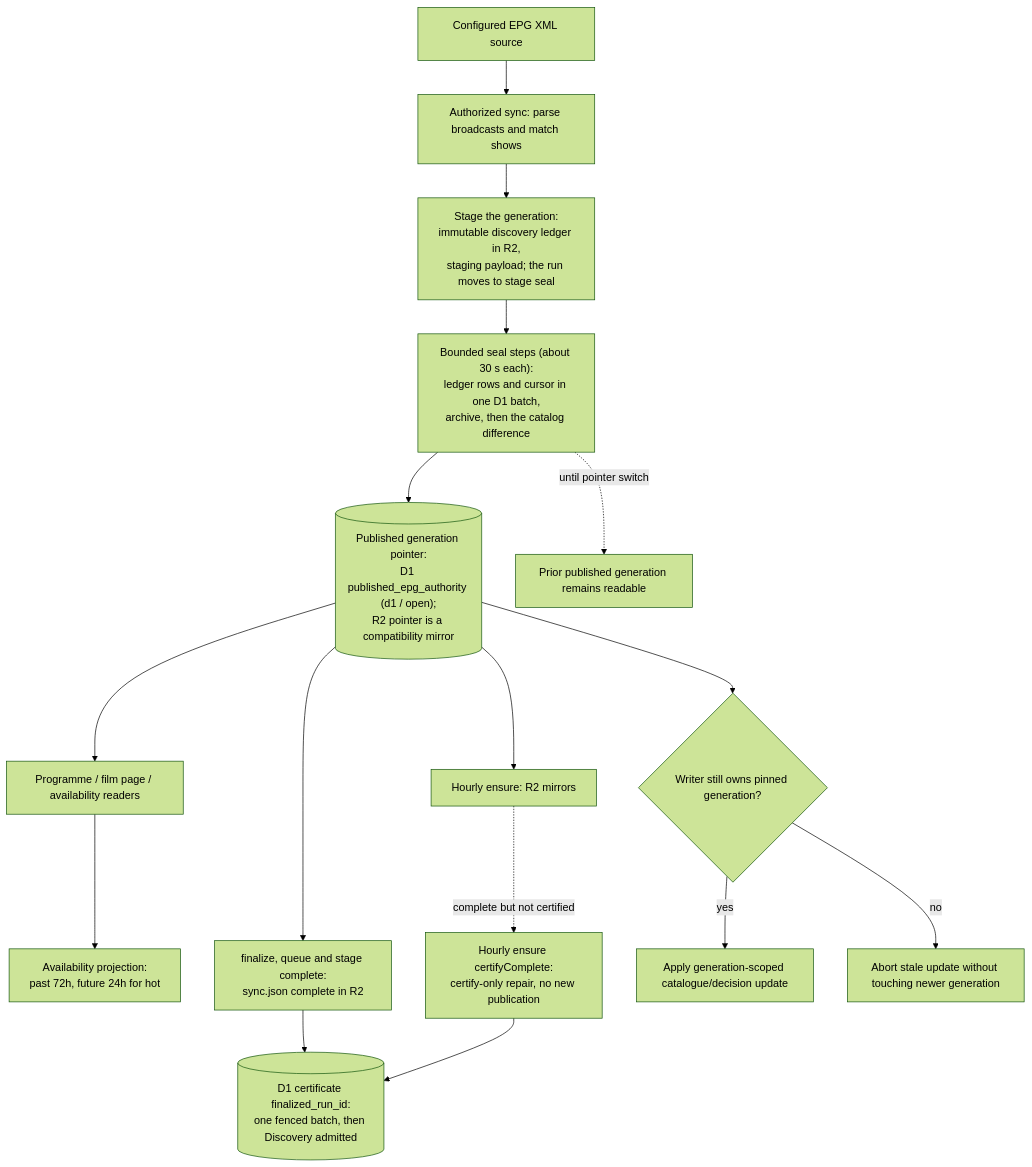
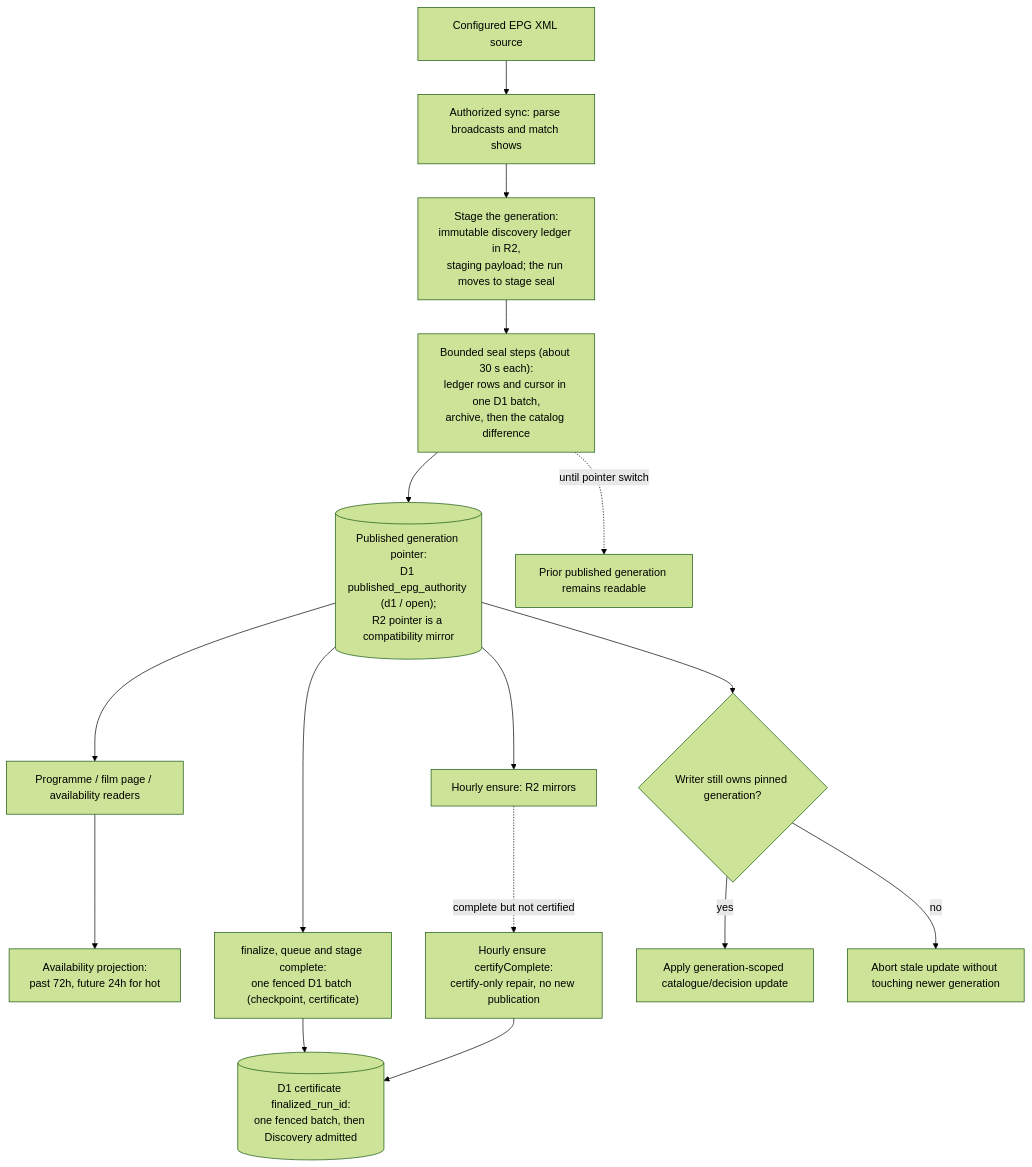
Before and after one commit to vladimino/iptv-watchlist: the first of 7 diagrams in docs/architecture/epg-and-availability.md, drawn with Mermaid (forest theme). The commit also changed other lines of this file and 23 other files, not shown here.

````diff
--- a/docs/architecture/epg-and-availability.md
+++ b/docs/architecture/epg-and-availability.md
@@ -5,27 +5,27 @@
 ```mermaid
 flowchart TD
     source["Configured EPG XML source"]
     parse["Authorized sync: parse broadcasts and match shows"]
     staging["Stage the generation:<br/>immutable discovery ledger in R2,<br/>staging payload; the run moves to stage seal"]
     seal["Bounded seal steps (about 30 s each):<br/>ledger rows and cursor in one D1 batch,<br/>archive, then the catalog difference"]
     pointer[("Published generation pointer:<br/>D1 published_epg_authority (d1 / open);<br/>R2 pointer is a compatibility mirror")]
     readers["Programme / film page / availability readers"]
     window["Availability projection:<br/>past 72h, future 24h for hot"]
     ensure["Hourly ensure: R2 mirrors"]
-    finish["finalize, queue and stage complete:<br/>sync.json complete in R2"]
+    finish["finalize, queue and stage complete:<br/>one fenced D1 batch (checkpoint, certificate)"]
     certificate[("D1 certificate finalized_run_id:<br/>one fenced batch, then Discovery admitted")]
     repair["Hourly ensure certifyComplete:<br/>certify-only repair, no new publication"]
     previous["Prior published generation remains readable"]
     stale{"Writer still owns pinned generation?"}
     update["Apply generation-scoped catalogue/decision update"]
     reject["Abort stale update without touching newer generation"]
     source --> parse --> staging --> seal --> pointer
     pointer --> readers --> window
     pointer --> ensure
     pointer --> finish --> certificate
     ensure -.->|complete but not certified| repair --> certificate
     seal -.->|until pointer switch| previous
     pointer --> stale
     stale -->|yes| update
     stale -->|no| reject
 ```
````
